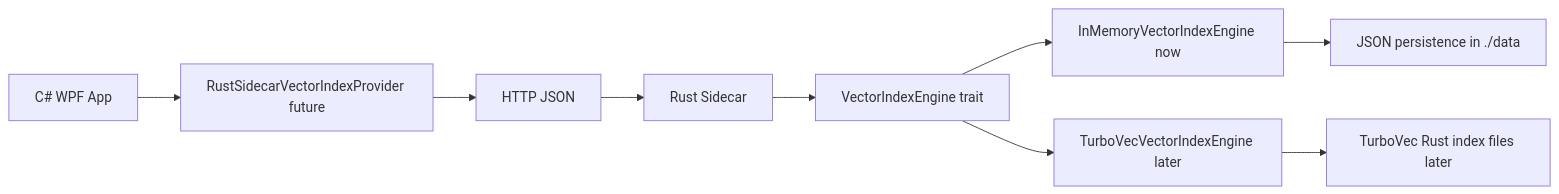
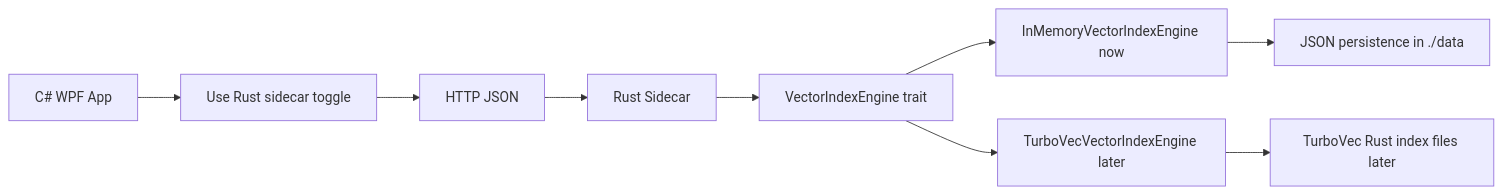
Before and after one commit to jeffbadger/turbovec_poc: the diagram in docs/rust-sidecar-architecture.md, drawn with Mermaid. The commit also changed other lines of this file and 5 other files, not shown here.

Commit message:
Document WPF Rust sidecar search mode

````diff
--- a/docs/rust-sidecar-architecture.md
+++ b/docs/rust-sidecar-architecture.md
@@ -5,11 +5,11 @@
 ```mermaid
 flowchart LR
-    A[C# WPF App] --> B[RustSidecarVectorIndexProvider future]
+    A[C# WPF App] --> B[Use Rust sidecar toggle]
     B --> C[HTTP JSON]
     C --> D[Rust Sidecar]
     D --> E[VectorIndexEngine trait]
     E --> F[InMemoryVectorIndexEngine now]
     E --> G[TurboVecVectorIndexEngine later]
     F --> H[JSON persistence in ./data]
     G --> I[TurboVec Rust index files later]
 ```
````
